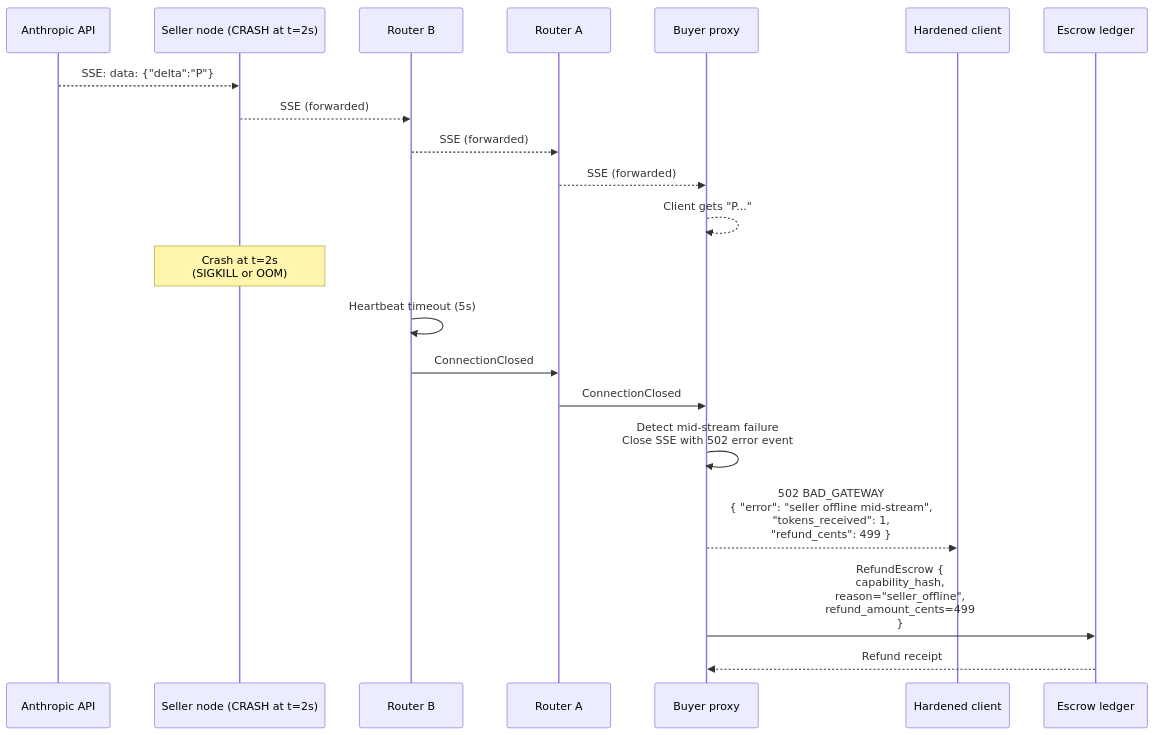
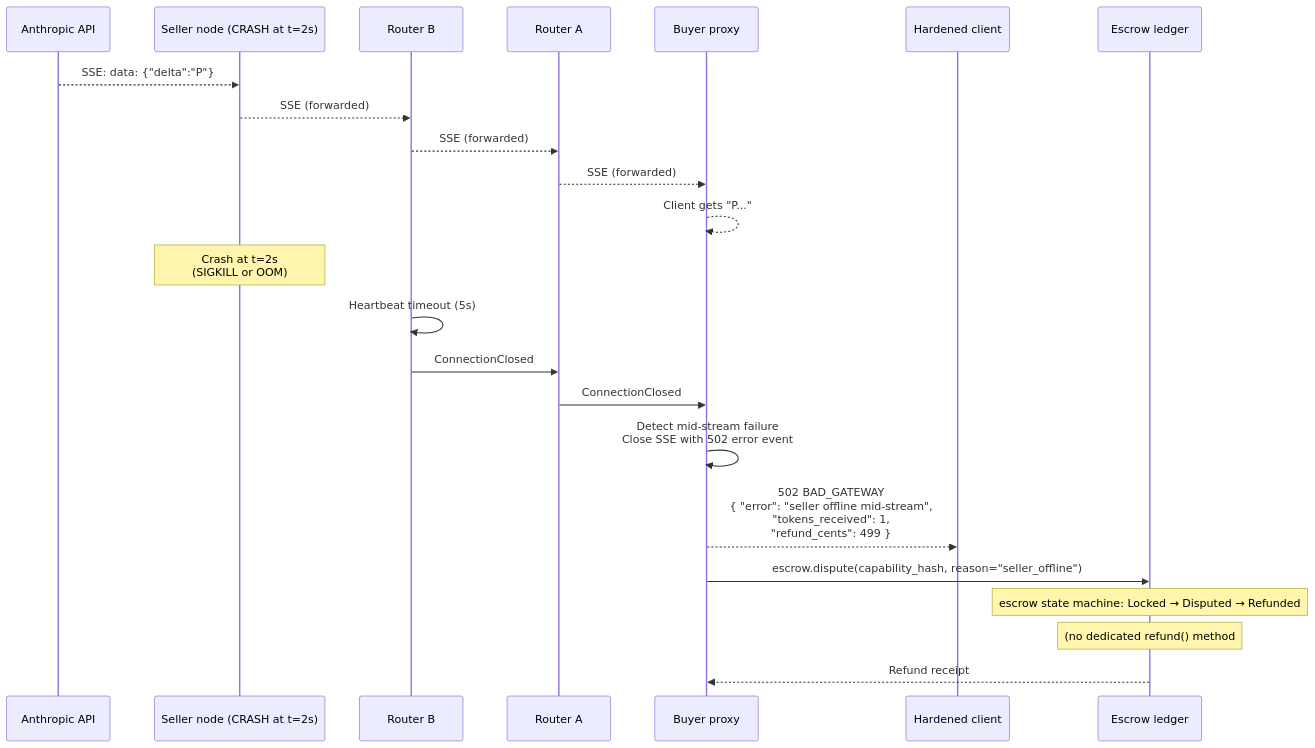
Diagram 12 of 14 in docs/architecture/end-to-end-scenarios.md (CipherOcto/cipherocto), drawn with Mermaid before and after one commit. The commit also changed other lines of this file, not shown here.

````diff
--- a/docs/architecture/end-to-end-scenarios.md
+++ b/docs/architecture/end-to-end-scenarios.md
@@ -522,26 +520,28 @@
 ```mermaid
 sequenceDiagram
     participant ANT as Anthropic API
     participant SN as Seller node (CRASH at t=2s)
     participant P2 as Router B
     participant P1 as Router A
     participant P0 as Buyer proxy
     participant C as Hardened client
     participant E as Escrow ledger
 
     ANT-->>SN: SSE: data: {"delta":"P"}
     SN-->>P2: SSE (forwarded)
     P2-->>P1: SSE (forwarded)
     P1-->>P0: SSE (forwarded)
     P0-->>P0: Client gets "P..."
 
     Note over SN: Crash at t=2s<br/>(SIGKILL or OOM)
 
     P2->>P2: Heartbeat timeout (5s)
     P2->>P1: ConnectionClosed
     P1->>P0: ConnectionClosed
     P0->>P0: Detect mid-stream failure<br/>Close SSE with 502 error event
     P0-->>C: 502 BAD_GATEWAY<br/>{ "error": "seller offline mid-stream",<br/>  "tokens_received": 1,<br/>  "refund_cents": 499 }
-    P0->>E: RefundEscrow {<br/>  capability_hash,<br/>  reason="seller_offline",<br/>  refund_amount_cents=499<br/>}
+    P0->>E: escrow.dispute(capability_hash, reason="seller_offline")
+    Note over E: escrow state machine: Locked → Disputed → Refunded
+    Note over E: (no dedicated refund() method;
     E-->>P0: Refund receipt
 ```
````
